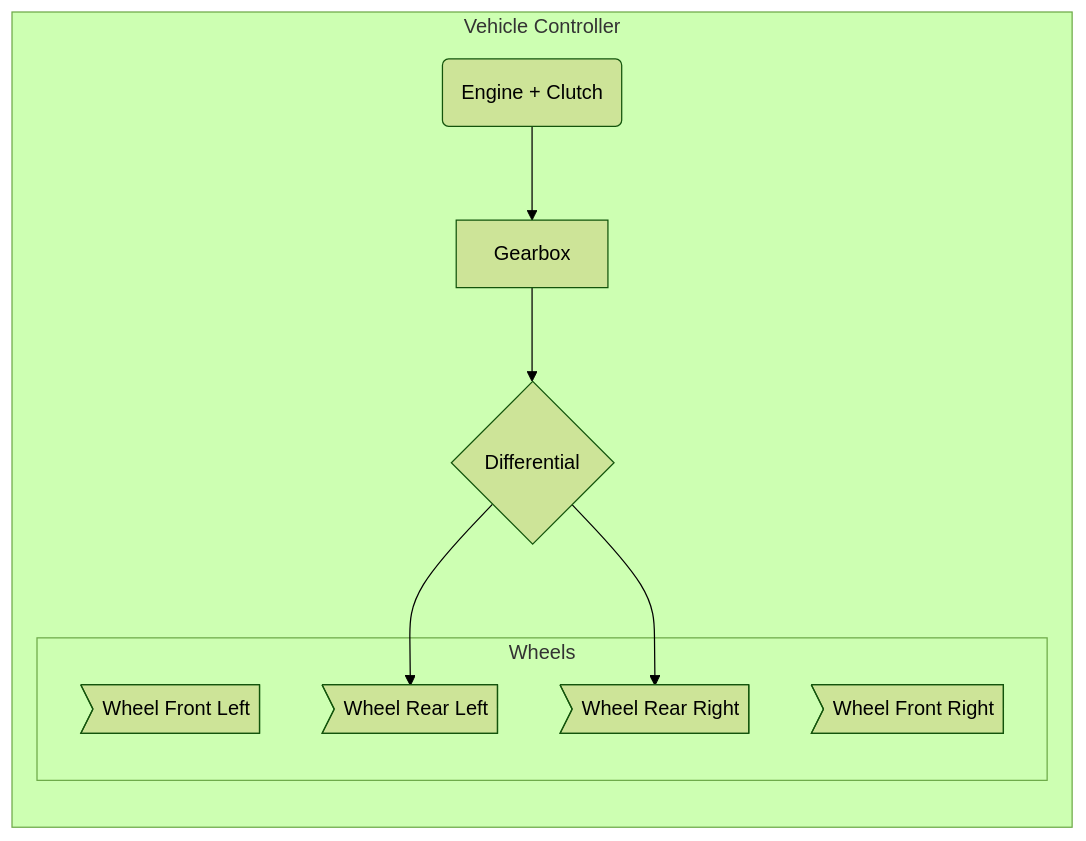
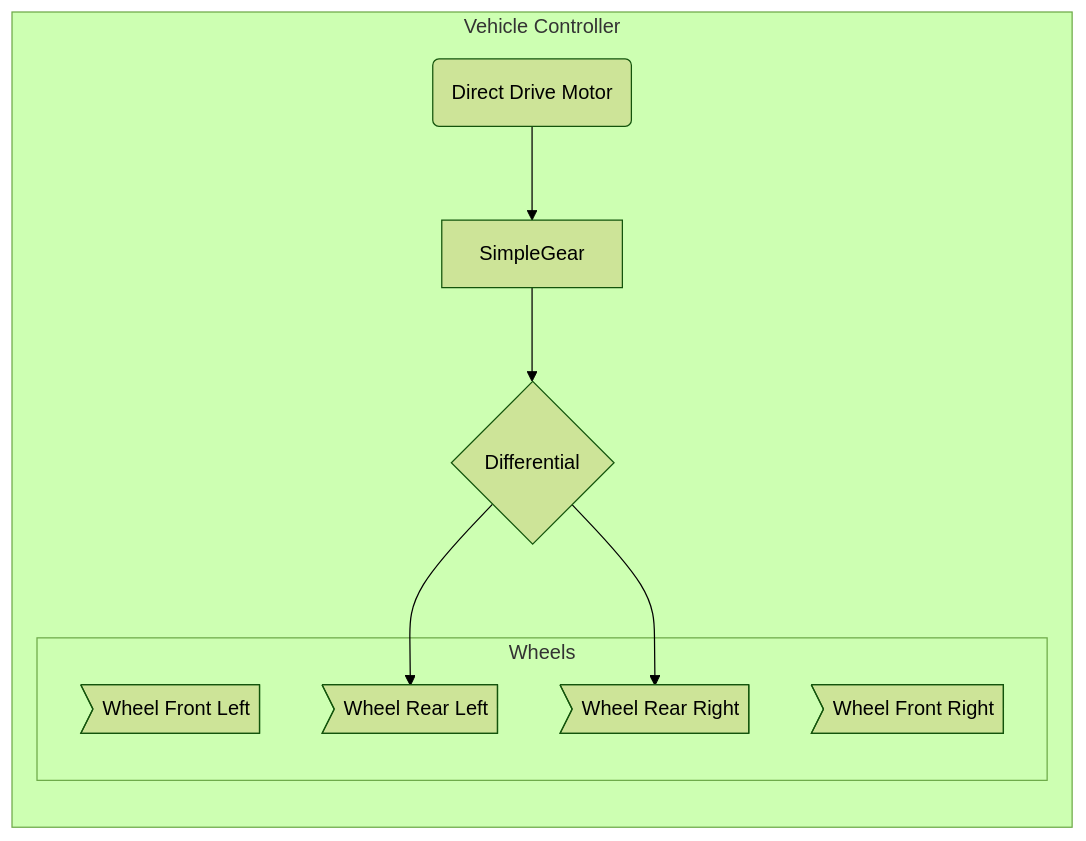
The diagram in docs/advanced/custom-blocks.md (EdyJ/vehicle-physics-docs), drawn with Mermaid (forest theme) before and after one commit. The commit also changed other lines of this file and 2 other files, not shown here.

```diff
--- a/docs/advanced/custom-blocks.md
+++ b/docs/advanced/custom-blocks.md
@@ -9,23 +39,23 @@
 <div class="mermaid">
 graph RL
 subgraph Vehicle Controller
 subgraph Wheels
 WFL>Wheel Front Left]
 WFR>Wheel Front Right]
 WRL>Wheel Rear Left]
 WRR>Wheel Rear Right]
 end
 
 %% Re-define these here so they appear first
-WFL>Wheel Front Left]
-WFR>Wheel Front Right]
+WFL
+WFR
 
-Eng(Engine + Clutch)
-Gear[Gearbox]
+Eng(Direct Drive Motor)
+Gear[SimpleGear]
 Diff{Differential}
 Eng-->Gear
 Gear-->Diff
 Diff-->WRL
 Diff-->WRR
 end
 </div>
```
